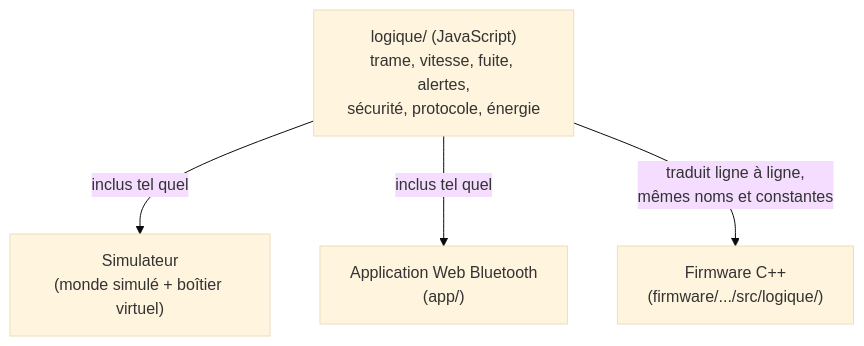
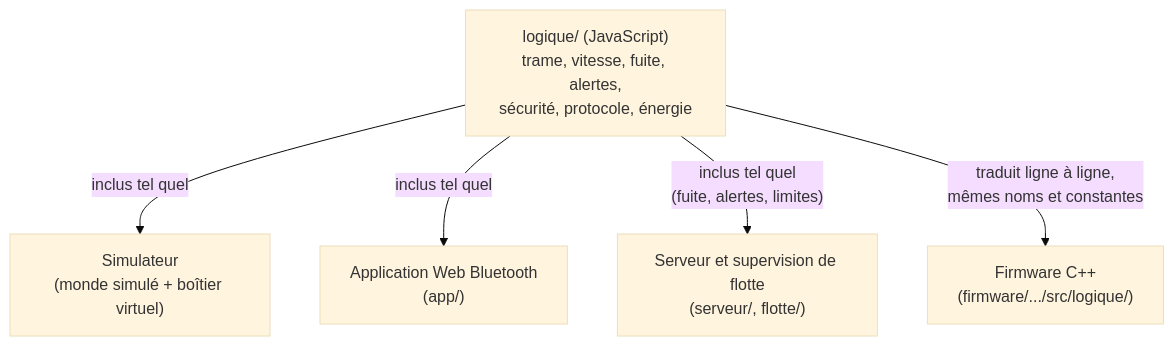
Before and after one commit to titilyonnais/tpms-velo: the first of 3 diagrams in docs/rapport-e6.md, drawn with Mermaid (base theme). The commit also changed other lines of this file and 1 other file, not shown here.

````diff
--- a/docs/rapport-e6.md
+++ b/docs/rapport-e6.md
@@ -242,10 +262,12 @@
 ```mermaid
 flowchart TB
     L["logique/ (JavaScript)<br/>trame, vitesse, fuite, alertes,<br/>sécurité, protocole, énergie"]
     S["Simulateur<br/>(monde simulé + boîtier virtuel)"]
     A["Application Web Bluetooth<br/>(app/)"]
     F["Firmware C++<br/>(firmware/.../src/logique/)"]
+    V["Serveur et supervision de flotte<br/>(serveur/, flotte/)"]
     L -- "inclus tel quel" --> S
     L -- "inclus tel quel" --> A
+    L -- "inclus tel quel<br/>(fuite, alertes, limites)" --> V
     L -- "traduit ligne à ligne,<br/>mêmes noms et constantes" --> F
 ```
````
